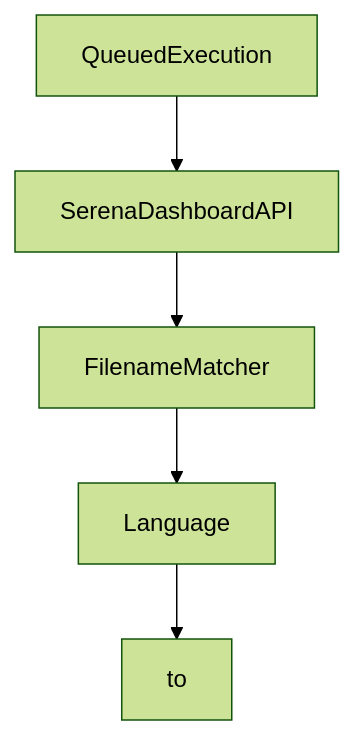
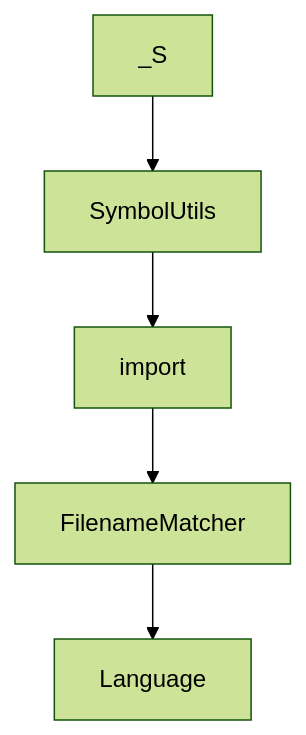
The diagram in tutorials/serena-tutorial/07-extending-serena-and-custom-agent-integration.md (johnxie/awesome-code-docs), drawn with Mermaid (forest theme) before and after one commit. The commit also changed other lines of this file and 1232 other files, not shown here.

````diff
--- a/tutorials/serena-tutorial/07-extending-serena-and-custom-agent-integration.md
+++ b/tutorials/serena-tutorial/07-extending-serena-and-custom-agent-integration.md
@@ -218,12 +199,12 @@
 ```mermaid
 flowchart TD
-    A[QueuedExecution]
-    B[SerenaDashboardAPI]
-    C[FilenameMatcher]
-    D[Language]
-    E[to]
+    A[_S]
+    B[SymbolUtils]
+    C[import]
+    D[FilenameMatcher]
+    E[Language]
     A --> B
     B --> C
     C --> D
     D --> E
 ```
````
